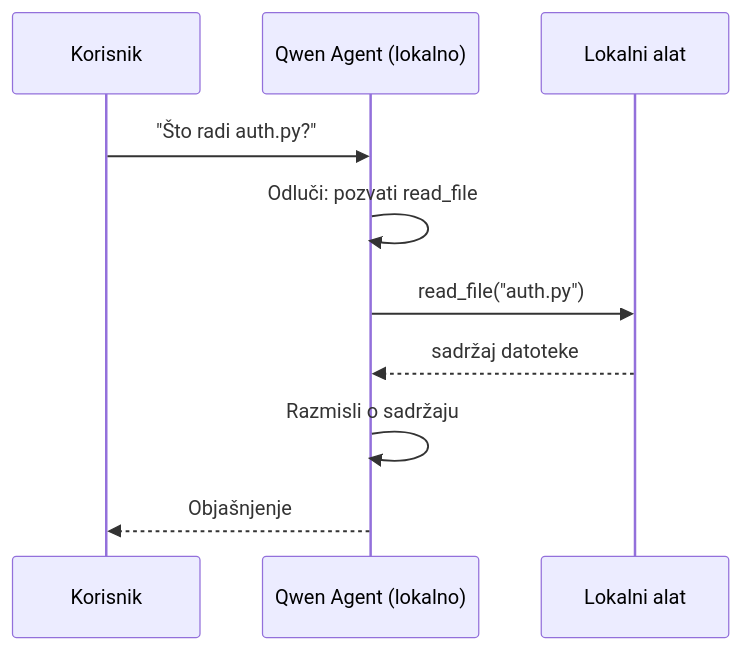
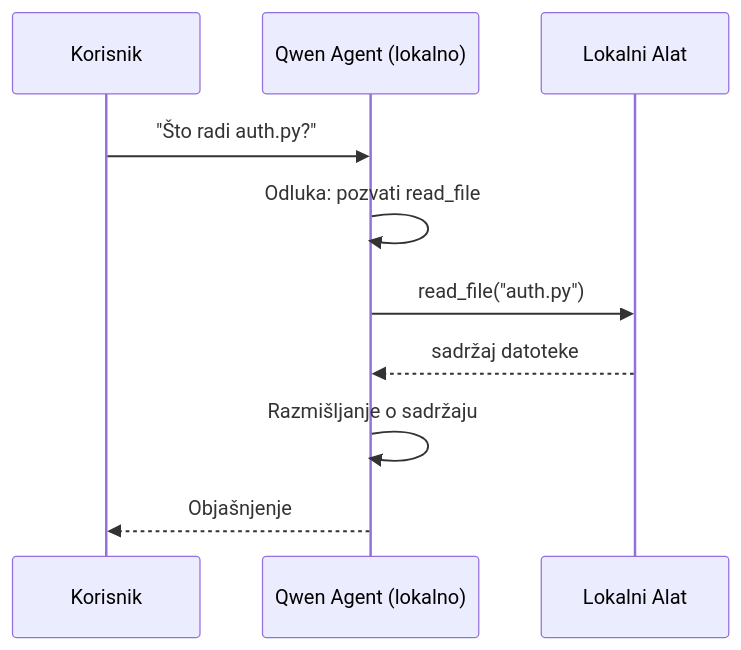
Before and after one commit to gabrielmoreira/agent-skills-mirror: the second of 4 diagrams in mirrors/repos/microsoft@ai-agents-for-beginners/translations/hr/17-creating-local-ai-agents/README.md, drawn with Mermaid. The commit also changed other lines of this file and 4262 other files, not shown here.

````diff
--- a/mirrors/repos/microsoft@ai-agents-for-beginners/translations/hr/17-creating-local-ai-agents/README.md
+++ b/mirrors/repos/microsoft@ai-agents-for-beginners/translations/hr/17-creating-local-ai-agents/README.md
@@ -106,12 +106,12 @@
 ```mermaid
 sequenceDiagram
     participant U as Korisnik
     participant A as Qwen Agent (lokalno)
-    participant T as Lokalni alat
+    participant T as Lokalni Alat
     U->>A: "Što radi auth.py?"
-    A->>A: Odluči: pozvati read_file
+    A->>A: Odluka: pozvati read_file
     A->>T: read_file("auth.py")
     T-->>A: sadržaj datoteke
-    A->>A: Razmisli o sadržaju
+    A->>A: Razmišljanje o sadržaju
     A-->>U: Objašnjenje
 ```
````
